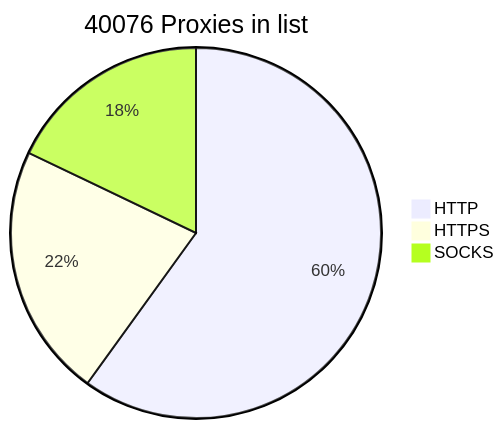
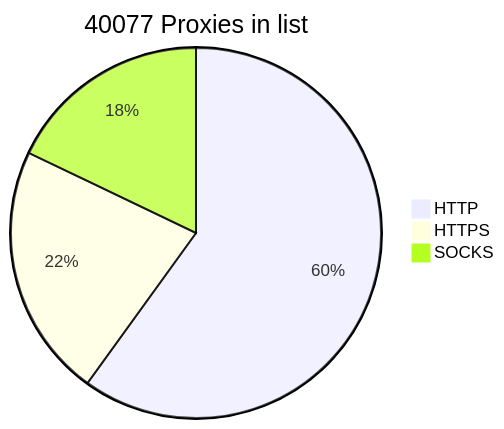
One commit to BlackSnowDot/proxylist-update-every-minute changed the diagram in README.md. Above: the diagram before and after it, drawn with Mermaid.

````diff
--- a/README.md
+++ b/README.md
@@ -2,6 +2,6 @@
 ```mermaid
-pie title 40076 Proxies in list
-    "HTTP" : 28201
+pie title 40077 Proxies in list
+    "HTTP" : 28207
     "HTTPS": 10421
     "SOCKS" : 8414
 ```
````
